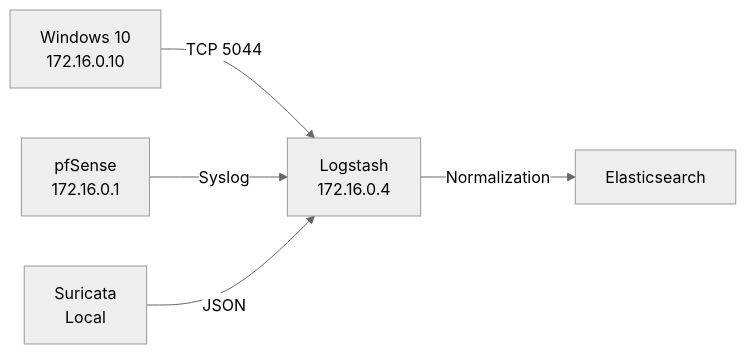
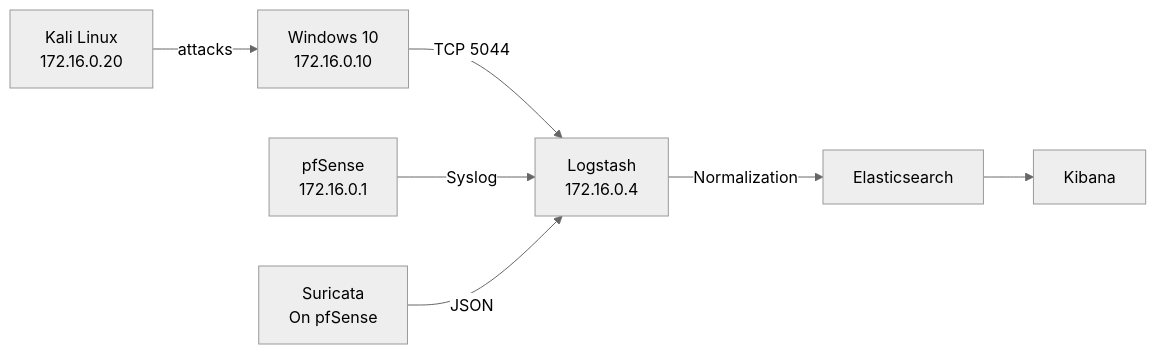
One commit to KuRo0x/SOC-Detection-Lab changed the diagram in docs/NETWORK.md. Above: the diagram before and after it, drawn with Mermaid (neutral theme). The commit also changed other lines of this file and 4 other files, not shown here.

````diff
--- a/docs/NETWORK.md
+++ b/docs/NETWORK.md
@@ -34,7 +64,9 @@
 ```mermaid
 graph LR
+    KALI[Kali Linux<br/>172.16.0.20] -- attacks --> WIN
     WIN[Windows 10<br/>172.16.0.10] -- TCP 5044 --> LS[Logstash<br/>172.16.0.4]
     PF[pfSense<br/>172.16.0.1] -- Syslog --> LS
-    SUR[Suricata<br/>Local] -- JSON --> LS
+    SUR[Suricata<br/>On pfSense] -- JSON --> LS
     LS -- Normalization --> ES[Elasticsearch]
+    ES --> KB[Kibana]
 ```
````
